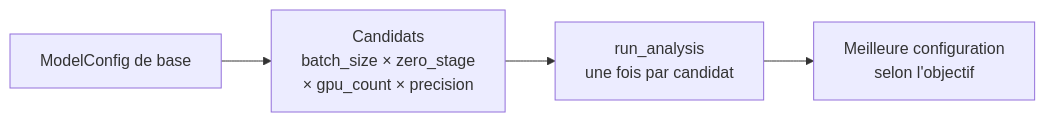
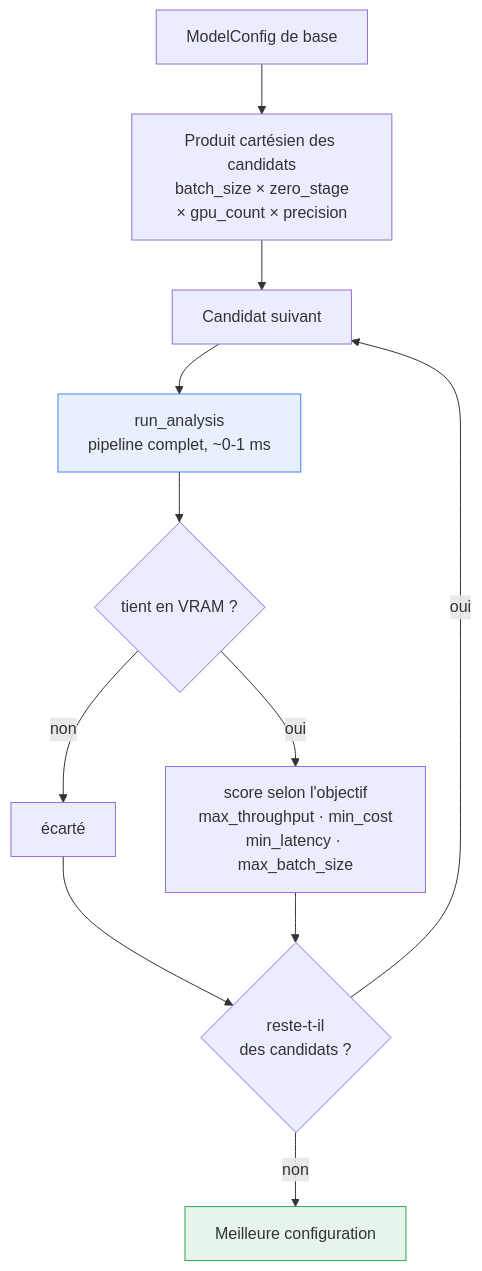
One commit to rustnew/NEURAX changed diagram 27 of 36 in docs.md. Above: the diagram before and after it, drawn with Mermaid. The commit also changed other lines of this file, not shown here.

````diff
--- a/docs.md
+++ b/docs.md
@@ -781,6 +1031,16 @@
 ```mermaid
-flowchart LR
-    base["ModelConfig de base"] --> cand["Candidats<br/>batch_size × zero_stage<br/>× gpu_count × precision"]
-    cand --> loop["run_analysis<br/>une fois par candidat"]
-    loop --> best["Meilleure configuration<br/>selon l'objectif"]
+flowchart TB
+    base["ModelConfig de base"] --> gen["Produit cartésien des candidats<br/>batch_size × zero_stage<br/>× gpu_count × precision"]
+    gen --> next["Candidat suivant"]
+    next --> run["run_analysis<br/>pipeline complet, ~0-1 ms"]
+    run --> fit{"tient en VRAM ?"}
+    fit -->|non| skip["écarté"]
+    fit -->|oui| score["score selon l'objectif<br/>max_throughput · min_cost<br/>min_latency · max_batch_size"]
+    skip --> more
+    score --> more{"reste-t-il<br/>des candidats ?"}
+    more -->|oui| next
+    more -->|non| best["Meilleure configuration"]
+
+    style run fill:#e8f0fe,stroke:#4285f4
+    style best fill:#e6f4ea,stroke:#34a853
 ```
````
